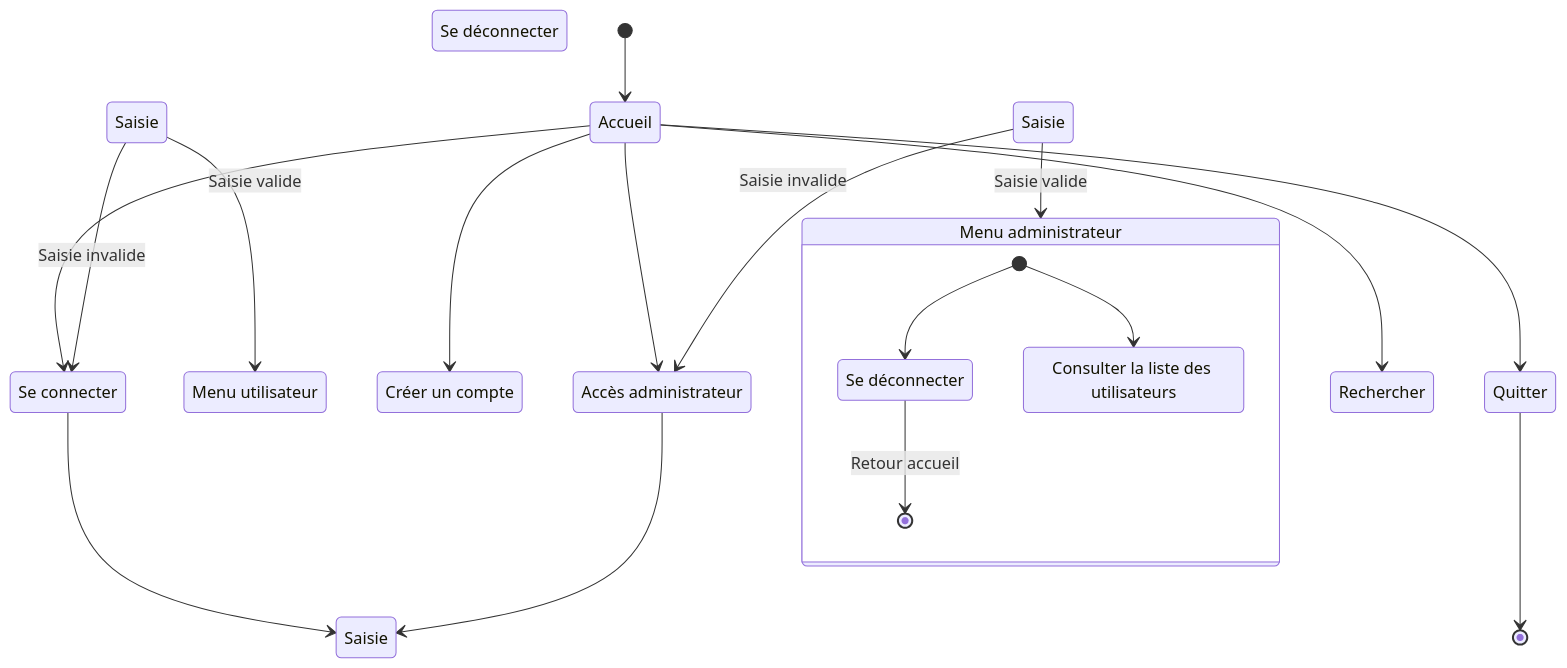
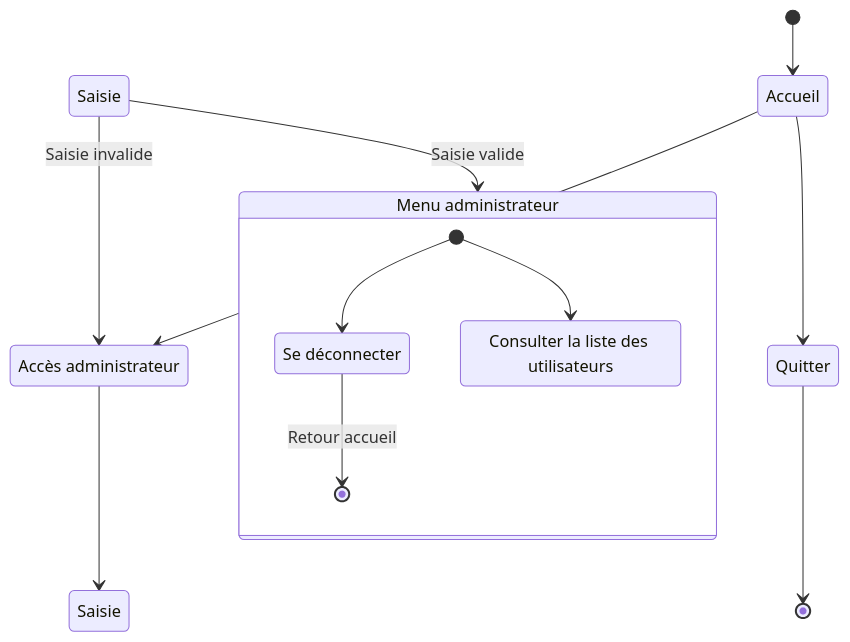
Before and after one commit to bbrunel/ENSAI-2A-projet-info: the fifth of 5 diagrams in doc/diag_activites.md, drawn with Mermaid.

Commit message:
Diag act admin

````diff
--- a/doc/diag_activites.md
+++ b/doc/diag_activites.md
@@ -199,39 +199,25 @@
 ```mermaid
 stateDiagram
-    login : Se connecter
-    menu_utilisateur : Menu utilisateur
-    logon : Créer un compte
-    logout : Se déconnecter
     admin : Accès administrateur
     admin_out : Se déconnecter
     list_utilisateurs : Consulter la liste des utilisateurs
     menu_admin : Menu administrateur
-    Saisie_u : Saisie
     Saisie_a : Saisie
     
     [*] --> Accueil
-    
-    Accueil --> Rechercher
-
-    Accueil --> login
-    login --> Saisie
-    Saisie_u --> menu_utilisateur: Saisie valide
-    Saisie_u --> login: Saisie invalide
-    
-    Accueil --> logon
 
     Accueil --> admin
     admin --> Saisie
     Saisie_a --> menu_admin: Saisie valide
     Saisie_a --> admin: Saisie invalide
     
     Accueil --> Quitter
     Quitter --> [*]
 
     state menu_admin {
       [*] --> list_utilisateurs
       [*] --> admin_out
       admin_out --> [*]: Retour accueil
     }
 
 ```
````
